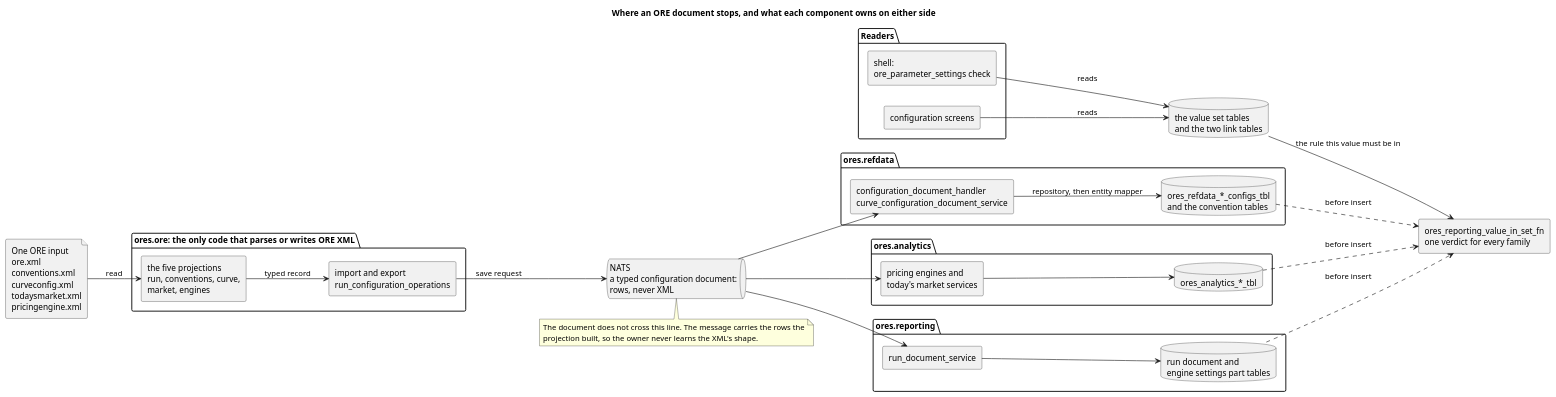
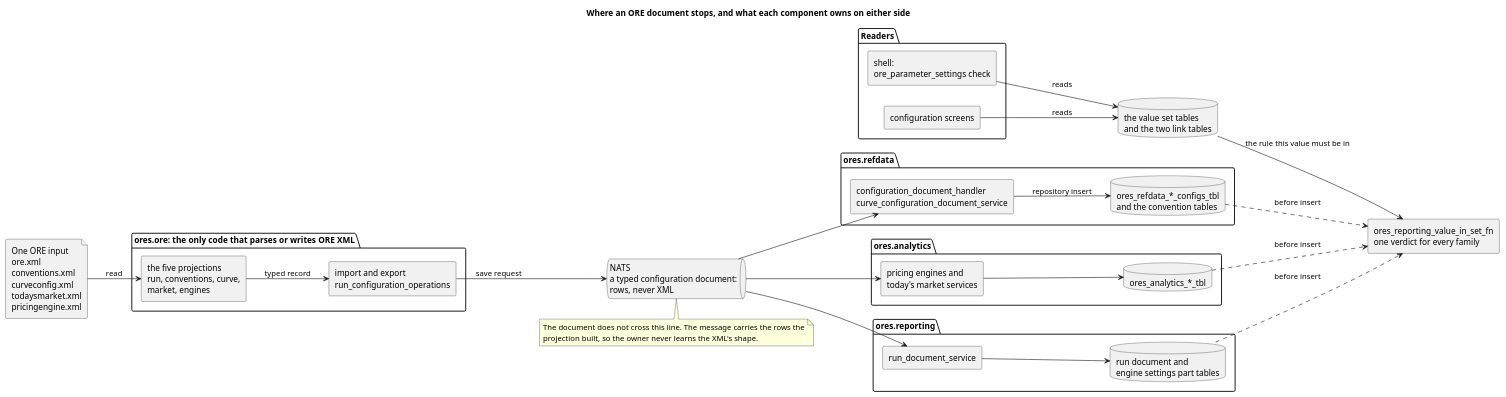
The diagram in doc/knowledge/architecture/the_ore_xml_infrastructure.puml (OreStudio/OreStudio), drawn with PlantUML before and after one commit. The commit also changed 9 other files, not shown here.

```diff
--- a/doc/knowledge/architecture/the_ore_xml_infrastructure.puml
+++ b/doc/knowledge/architecture/the_ore_xml_infrastructure.puml
@@ -18,61 +18,61 @@
 @startuml
 
 title Where an ORE document stops, and what each component owns on either side
 
 skinparam componentStyle rectangle
 left to right direction
 
 file "One ORE input\nore.xml\nconventions.xml\ncurveconfig.xml\ntodaysmarket.xml\npricingengine.xml" as input
 
 package "ores.ore: the only code that parses or writes ORE XML" {
     component "the five projections\nrun, conventions, curve,\nmarket, engines" as proj
     component "import and export\nrun_configuration_operations" as ops
 }
 
 queue "NATS\na typed configuration document:\nrows, never XML" as bus
 
 package "ores.refdata" {
     component "configuration_document_handler\ncurve_configuration_document_service" as rsvc
     database "ores_refdata_*_configs_tbl\nand the convention tables" as rdb
 }
 
 package "ores.analytics" {
     component "pricing engines and\ntoday's market services" as asvc
     database "ores_analytics_*_tbl" as adb
 }
 
 package "ores.reporting" {
     component "run_document_service" as psvc
     database "run document and\nengine settings part tables" as pdb
 }
 
 component "ores_reporting_value_in_set_fn\none verdict for every family" as verdict
 database "the value set tables\nand the two link tables" as sets
 
 package "Readers" {
     component "shell:\nore_parameter_settings check" as shell
     component "configuration screens" as ui
 }
 
 input --> proj : read
 proj --> ops : typed record
 ops --> bus : save request
 bus --> rsvc
 bus --> asvc
 bus --> psvc
-rsvc --> rdb : repository, then entity mapper
+rsvc --> rdb : repository insert
 asvc --> adb
 psvc --> pdb
 rdb ..> verdict : before insert
 adb ..> verdict : before insert
 pdb ..> verdict : before insert
 sets --> verdict : the rule this value must be in
 shell --> sets : reads
 ui --> sets : reads
 
 note bottom of bus
   The document does not cross this line. The message carries the rows the
   projection built, so the owner never learns the XML's shape.
 end note
 
 @enduml
```
